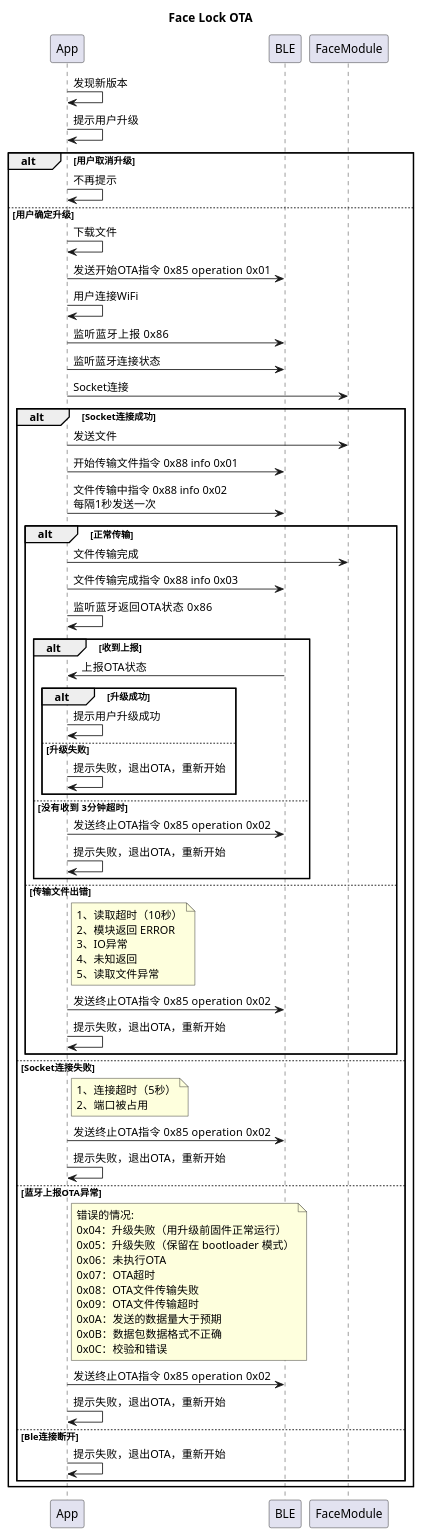
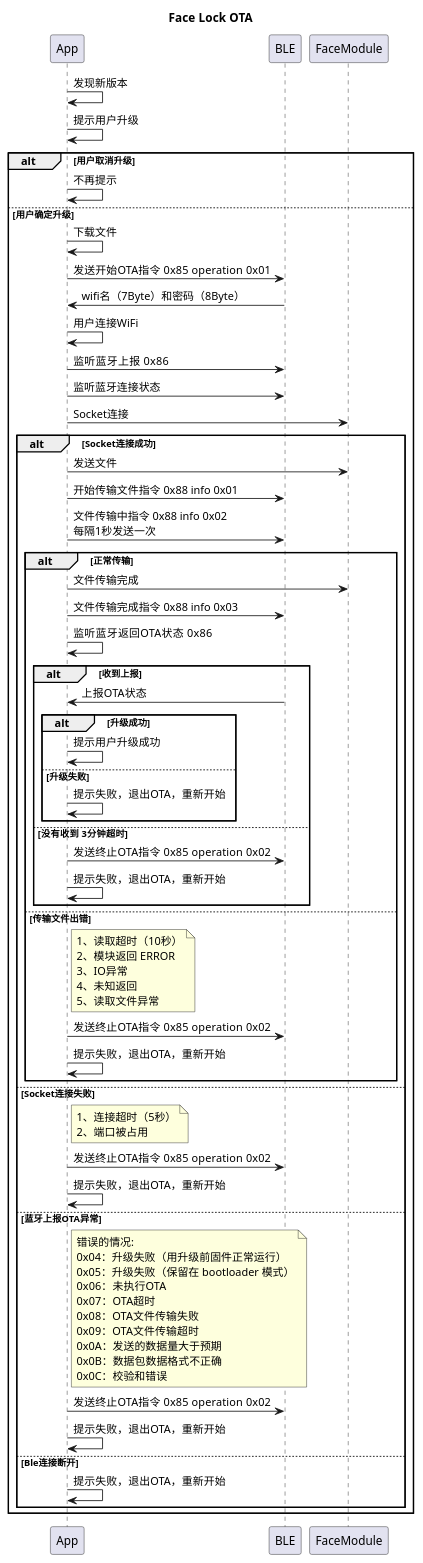
The diagram in app/src/main/java/com/FACE OTA.puml (kakabuli/LockHomeKey), drawn with PlantUML before and after one commit. The commit also changed 17 other files, not shown here.

```diff
--- a/app/src/main/java/com/FACE OTA.puml
+++ b/app/src/main/java/com/FACE OTA.puml
@@ -1,51 +1,52 @@
 @startuml
 title Face Lock OTA
     App->App: 发现新版本
     App->App: 提示用户升级
     alt  用户取消升级
         App->App:不再提示
     else 用户确定升级
          App->App: 下载文件
          App->BLE: 发送开始OTA指令  0x85 operation 0x01
+         BLE->App: wifi名（7Byte）和密码（8Byte）
          App->App:用户连接WiFi
          App->BLE: 监听蓝牙上报  0x86
 '            note right of App: 以下三种情况忽略: \n  0x01：就绪；\n  0x02：正接收升级固件包；\n  0x03：正在往flash写数据；
          App->BLE: 监听蓝牙连接状态
          App->FaceModule: Socket连接
          alt  Socket连接成功
              App->FaceModule: 发送文件
              App->BLE: 开始传输文件指令 0x88 info 0x01
              App->BLE: 文件传输中指令 0x88 info 0x02 \n每隔1秒发送一次
              alt 正常传输
                  App->FaceModule: 文件传输完成
                  App->BLE: 文件传输完成指令 0x88 info 0x03
                  App->App: 监听蓝牙返回OTA状态  0x86
                  alt 收到上报
                     BLE->App: 上报OTA状态
                        alt 升级成功
                           App->App: 提示用户升级成功
                        else  升级失败
                           App->App: 提示失败，退出OTA，重新开始
                        end
                  else 没有收到  3分钟超时
                     App->BLE: 发送终止OTA指令  0x85 operation 0x02
                     App->App: 提示失败，退出OTA，重新开始
                  end
              else  传输文件出错
                note right of App: 1、读取超时（10秒）\n2、模块返回 ERROR \n3、IO异常 \n4、未知返回\n5、读取文件异常
                 App->BLE: 发送终止OTA指令  0x85 operation 0x02
                 App->App: 提示失败，退出OTA，重新开始
              end
          else  Socket连接失败
             note right of App: 1、连接超时（5秒）\n2、端口被占用
              App->BLE: 发送终止OTA指令  0x85 operation 0x02
              App->App: 提示失败，退出OTA，重新开始
          else  蓝牙上报OTA异常
             note right of App: 错误的情况: \n0x04：升级失败（用升级前固件正常运行） \n0x05：升级失败（保留在 bootloader 模式）\n0x06：未执行OTA \n0x07：OTA超时 \n0x08：OTA文件传输失败 \n0x09：OTA文件传输超时 \n0x0A：发送的数据量大于预期 \n0x0B：数据包数据格式不正确 \n0x0C：校验和错误
              App->BLE: 发送终止OTA指令  0x85 operation 0x02
              App->App: 提示失败，退出OTA，重新开始
          else  Ble连接断开
              App->App: 提示失败，退出OTA，重新开始
          end
     end
 @enduml
```
